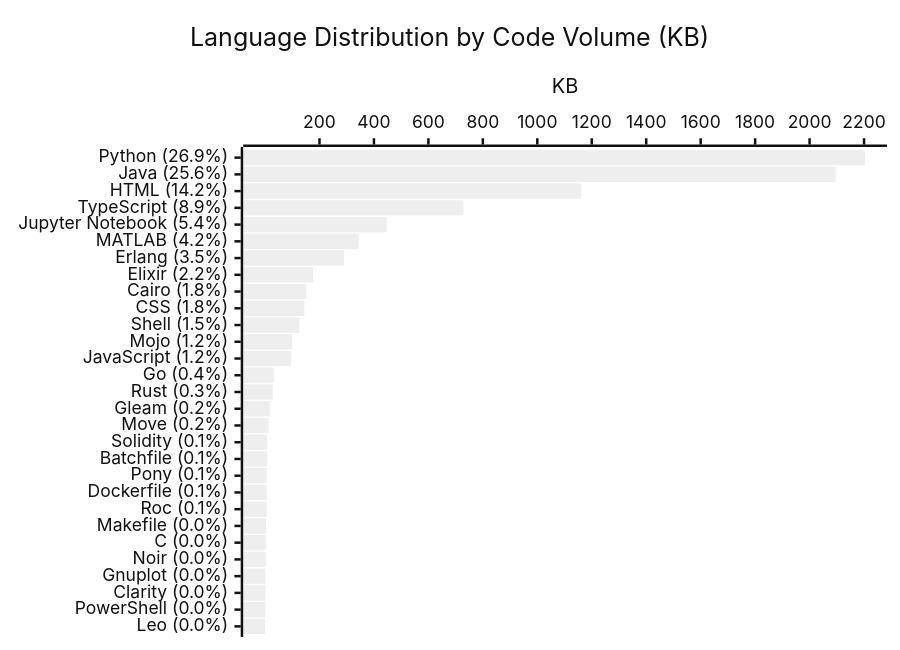
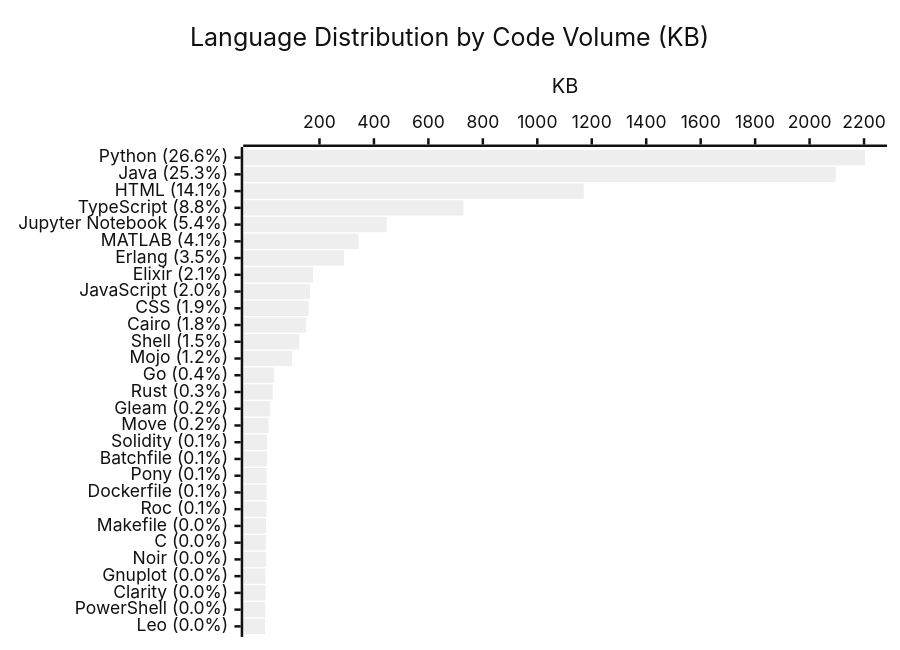
One commit to KathiraveluLab/.github changed the diagram in profile/README.md. Above: the diagram before and after it, drawn with Mermaid (neutral theme). The commit also changed other lines of this file and 1 other file, not shown here.

````diff
--- a/profile/README.md
+++ b/profile/README.md
@@ -67,7 +68,7 @@
 ```mermaid
 xychart-beta horizontal
     title "Language Distribution by Code Volume (KB)"
-    x-axis ["Python (26.9%)", "Java (25.6%)", "HTML (14.2%)", "TypeScript (8.9%)", "Jupyter Notebook (5.4%)", "MATLAB (4.2%)", "Erlang (3.5%)", "Elixir (2.2%)", "Cairo (1.8%)", "CSS (1.8%)", "Shell (1.5%)", "Mojo (1.2%)", "JavaScript (1.2%)", "Go (0.4%)", "Rust (0.3%)", "Gleam (0.2%)", "Move (0.2%)", "Solidity (0.1%)", "Batchfile (0.1%)", "Pony (0.1%)", "Dockerfile (0.1%)", "Roc (0.1%)", "Makefile (0.0%)", "C (0.0%)", "Noir (0.0%)", "Gnuplot (0.0%)", "Clarity (0.0%)", "PowerShell (0.0%)", "Leo (0.0%)"]
+    x-axis ["Python (26.6%)", "Java (25.3%)", "HTML (14.1%)", "TypeScript (8.8%)", "Jupyter Notebook (5.4%)", "MATLAB (4.1%)", "Erlang (3.5%)", "Elixir (2.1%)", "JavaScript (2.0%)", "CSS (1.9%)", "Cairo (1.8%)", "Shell (1.5%)", "Mojo (1.2%)", "Go (0.4%)", "Rust (0.3%)", "Gleam (0.2%)", "Move (0.2%)", "Solidity (0.1%)", "Batchfile (0.1%)", "Pony (0.1%)", "Dockerfile (0.1%)", "Roc (0.1%)", "Makefile (0.0%)", "C (0.0%)", "Noir (0.0%)", "Gnuplot (0.0%)", "Clarity (0.0%)", "PowerShell (0.0%)", "Leo (0.0%)"]
     y-axis "KB"
-    bar [2203.9, 2095.91, 1161.88, 728.35, 446.91, 343.93, 289.93, 176.6, 151.31, 144.32, 126.02, 99.52, 96.07, 32.03, 28.25, 18.9, 12.89, 6.65, 6.48, 6.01, 5.75, 5.51, 3.74, 2.58, 2.46, 1.82, 1.53, 1.02, 0.26]
+    bar [2203.9, 2095.91, 1170.69, 728.35, 446.91, 343.93, 289.93, 176.6, 165.52, 160.01, 151.31, 126.02, 99.52, 32.03, 28.25, 18.9, 12.89, 6.65, 6.48, 6.01, 5.75, 5.51, 3.74, 2.58, 2.46, 1.82, 1.53, 1.02, 0.26]
 ```
````
